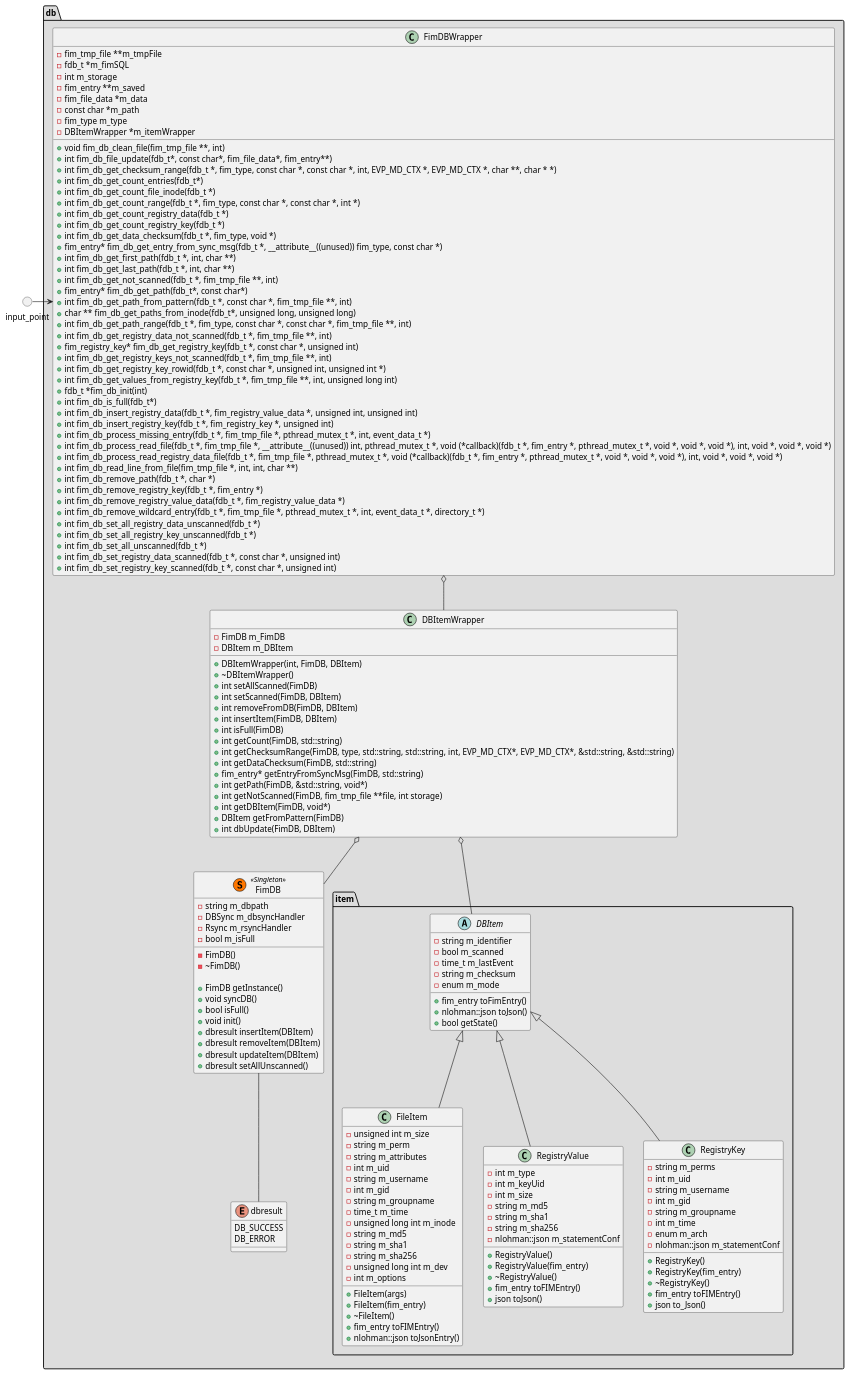
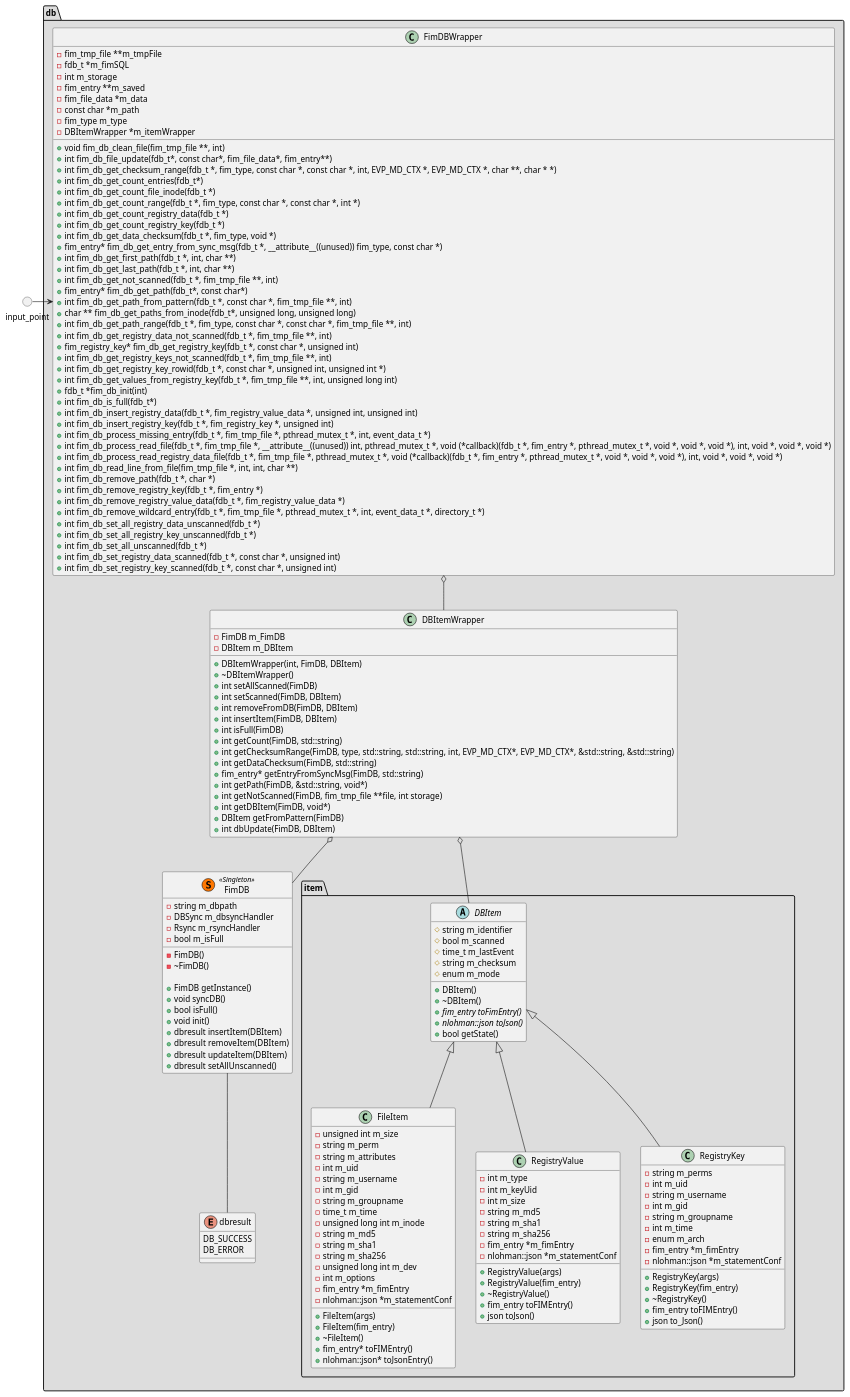
Before and after one commit to wazuh/wazuh-agent: the diagram in architecture/FIM/db/class.puml, drawn with PlantUML. The commit also changed 4 other files, not shown here.

Commit message:
Fix memory leak and update class diagram

```diff
--- a/architecture/FIM/db/class.puml
+++ b/architecture/FIM/db/class.puml
@@ -1,173 +1,179 @@
 @startuml db_class
 package "db" <<Folder>> #DDDDDD{
     enum "dbresult" {
         DB_SUCCESS
         DB_ERROR
     }
     package "item" <<Folder>> {
         abstract DBItem {
-            - string m_identifier
-            - bool m_scanned
-            - time_t m_lastEvent
-            - string m_checksum
-            - enum m_mode
+            # string m_identifier
+            # bool m_scanned
+            # time_t m_lastEvent
+            # string m_checksum
+            # enum m_mode
 
-            + fim_entry toFimEntry()
-            + nlohman::json toJson()
+            + DBItem()
+            + ~DBItem()
+            + {abstract} fim_entry toFimEntry()
+            + {abstract} nlohman::json toJson()
             + bool getState()
         }
 
         class FileItem {
             - unsigned int m_size
             - string m_perm
             - string m_attributes
             - int m_uid
             - string m_username
             - int m_gid
             - string m_groupname
             - time_t m_time
             - unsigned long int m_inode
             - string m_md5
             - string m_sha1
             - string m_sha256
             - unsigned long int m_dev
             - int m_options
+            - fim_entry *m_fimEntry
+            - nlohman::json *m_statementConf
 
             + FileItem(args)
             + FileItem(fim_entry)
             + ~FileItem()
-            + fim_entry toFIMEntry()
-            + nlohman::json toJsonEntry()
+            + fim_entry* toFIMEntry()
+            + nlohman::json* toJsonEntry()
         }
         class "RegistryValue" {
             - int m_type
             - int m_keyUid
             - int m_size
             - string m_md5
             - string m_sha1
             - string m_sha256
-            - nlohman::json m_statementConf
+            - fim_entry *m_fimEntry
+            - nlohman::json *m_statementConf
 
-            + RegistryValue()
+            + RegistryValue(args)
             + RegistryValue(fim_entry)
             + ~RegistryValue()
             + fim_entry toFIMEntry()
             + json toJson()
         }
         class "RegistryKey" {
             - string m_perms
             - int m_uid
             - string m_username
             - int m_gid
             - string m_groupname
             - int m_time
             - enum m_arch
-            - nlohman::json m_statementConf
+            - fim_entry *m_fimEntry
+            - nlohman::json *m_statementConf
 
-            + RegistryKey()
+            + RegistryKey(args)
             + RegistryKey(fim_entry)
             + ~RegistryKey()
             + fim_entry toFIMEntry()
             + json to_Json()
         }
     }
     class "FimDB"  <<(S,#FF7700) Singleton>> {
         - string m_dbpath
         - DBSync m_dbsyncHandler
         - Rsync m_rsyncHandler
         - bool m_isFull
         - FimDB()
         - ~FimDB()
 
         + FimDB getInstance()
         + void syncDB()
         + bool isFull()
         + void init()
         + dbresult insertItem(DBItem)
         + dbresult removeItem(DBItem)
         + dbresult updateItem(DBItem)
         + dbresult setAllUnscanned()
     }
     class FimDBWrapper {
         - fim_tmp_file **m_tmpFile
         - fdb_t *m_fimSQL
         - int m_storage
         - fim_entry **m_saved
         - fim_file_data *m_data
         - const char *m_path
         - fim_type m_type
         - DBItemWrapper *m_itemWrapper
 
         + void fim_db_clean_file(fim_tmp_file **, int)
         + int fim_db_file_update(fdb_t*, const char*, fim_file_data*, fim_entry**)
         + int fim_db_get_checksum_range(fdb_t *, fim_type, const char *, const char *, int, EVP_MD_CTX *, EVP_MD_CTX *, char **, char * *)
         + int fim_db_get_count_entries(fdb_t*)
         + int fim_db_get_count_file_inode(fdb_t *)
         + int fim_db_get_count_range(fdb_t *, fim_type, const char *, const char *, int *)
         + int fim_db_get_count_registry_data(fdb_t *)
         + int fim_db_get_count_registry_key(fdb_t *)
         + int fim_db_get_data_checksum(fdb_t *, fim_type, void *)
         + fim_entry* fim_db_get_entry_from_sync_msg(fdb_t *, __attribute__((unused)) fim_type, const char *)
         + int fim_db_get_first_path(fdb_t *, int, char **)
         + int fim_db_get_last_path(fdb_t *, int, char **)
         + int fim_db_get_not_scanned(fdb_t *, fim_tmp_file **, int)
         + fim_entry* fim_db_get_path(fdb_t*, const char*)
         + int fim_db_get_path_from_pattern(fdb_t *, const char *, fim_tmp_file **, int)
         + char ** fim_db_get_paths_from_inode(fdb_t*, unsigned long, unsigned long)
         + int fim_db_get_path_range(fdb_t *, fim_type, const char *, const char *, fim_tmp_file **, int)
         + int fim_db_get_registry_data_not_scanned(fdb_t *, fim_tmp_file **, int)
         + fim_registry_key* fim_db_get_registry_key(fdb_t *, const char *, unsigned int)
         + int fim_db_get_registry_keys_not_scanned(fdb_t *, fim_tmp_file **, int)
         + int fim_db_get_registry_key_rowid(fdb_t *, const char *, unsigned int, unsigned int *)
         + int fim_db_get_values_from_registry_key(fdb_t *, fim_tmp_file **, int, unsigned long int)
         + fdb_t *fim_db_init(int)
         + int fim_db_is_full(fdb_t*)
         + int fim_db_insert_registry_data(fdb_t *, fim_registry_value_data *, unsigned int, unsigned int)
         + int fim_db_insert_registry_key(fdb_t *, fim_registry_key *, unsigned int)
         + int fim_db_process_missing_entry(fdb_t *, fim_tmp_file *, pthread_mutex_t *, int, event_data_t *)
         + int fim_db_process_read_file(fdb_t *, fim_tmp_file *, __attribute__((unused)) int, pthread_mutex_t *, void (*callback)(fdb_t *, fim_entry *, pthread_mutex_t *, void *, void *, void *), int, void *, void *, void *)
         + int fim_db_process_read_registry_data_file(fdb_t *, fim_tmp_file *, pthread_mutex_t *, void (*callback)(fdb_t *, fim_entry *, pthread_mutex_t *, void *, void *, void *), int, void *, void *, void *)
         + int fim_db_read_line_from_file(fim_tmp_file *, int, int, char **)
         + int fim_db_remove_path(fdb_t *, char *)
         + int fim_db_remove_registry_key(fdb_t *, fim_entry *)
         + int fim_db_remove_registry_value_data(fdb_t *, fim_registry_value_data *)
         + int fim_db_remove_wildcard_entry(fdb_t *, fim_tmp_file *, pthread_mutex_t *, int, event_data_t *, directory_t *)
         + int fim_db_set_all_registry_data_unscanned(fdb_t *)
         + int fim_db_set_all_registry_key_unscanned(fdb_t *)
         + int fim_db_set_all_unscanned(fdb_t *)
         + int fim_db_set_registry_data_scanned(fdb_t *, const char *, unsigned int)
         + int fim_db_set_registry_key_scanned(fdb_t *, const char *, unsigned int)
     }
     class DBItemWrapper {
         - FimDB m_FimDB
         - DBItem m_DBItem
 
         + DBItemWrapper(int, FimDB, DBItem)
         + ~DBItemWrapper()
         + int setAllScanned(FimDB)
         + int setScanned(FimDB, DBItem)
         + int removeFromDB(FimDB, DBItem)
         + int insertItem(FimDB, DBItem)
         + int isFull(FimDB)
         + int getCount(FimDB, std::string)
         + int getChecksumRange(FimDB, type, std::string, std::string, int, EVP_MD_CTX*, EVP_MD_CTX*, &std::string, &std::string)
         + int getDataChecksum(FimDB, std::string)
         + fim_entry* getEntryFromSyncMsg(FimDB, std::string)
         + int getPath(FimDB, &std::string, void*)
         + int getNotScanned(FimDB, fim_tmp_file **file, int storage)
         + int getDBItem(FimDB, void*)
         + DBItem getFromPattern(FimDB)
         + int dbUpdate(FimDB, DBItem)
     }
 }
 circle input_point
 
 DBItem <|-- FileItem
 DBItem <|-- RegistryValue
 DBItem <|-- RegistryKey
 FimDBWrapper  o-- DBItemWrapper
 DBItemWrapper  o-- DBItem
 DBItemWrapper  o-- FimDB
 FimDB -- dbresult
 input_point => FimDBWrapper
 @enduml
```
